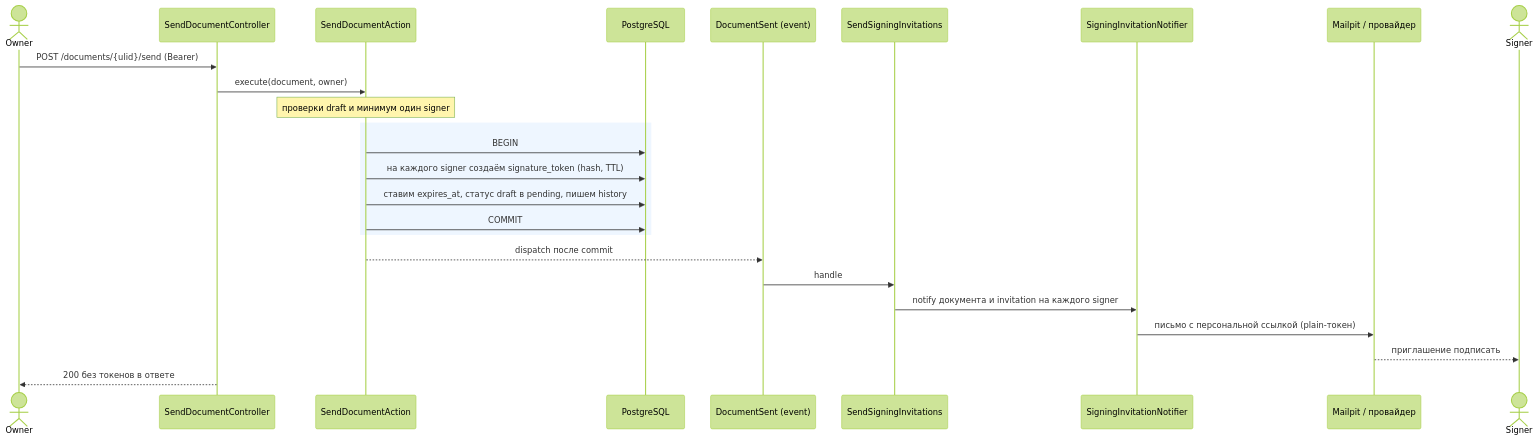
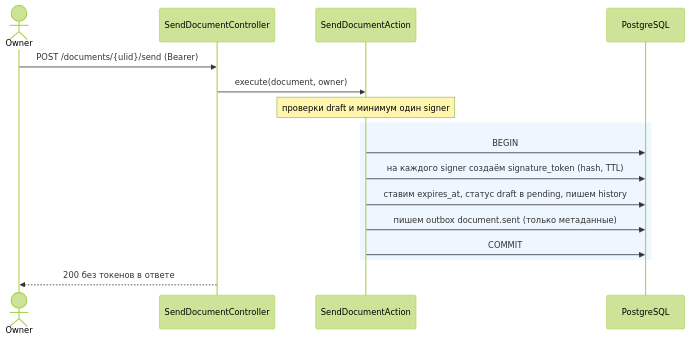
One commit to azaikina568/docsign-hub changed the third of 9 diagrams in docs/diagrams.md. Above: the diagram before and after it, drawn with Mermaid (forest theme). The commit also changed other lines of this file and 38 other files, not shown here.

````diff
--- a/docs/diagrams.md
+++ b/docs/diagrams.md
@@ -127,28 +138,19 @@
 ```mermaid
 sequenceDiagram
     actor Owner
     participant API as SendDocumentController
     participant Act as SendDocumentAction
     participant DB as PostgreSQL
-    participant Ev as DocumentSent (event)
-    participant L as SendSigningInvitations
-    participant N as SigningInvitationNotifier
-    participant Mail as Mailpit / провайдер
-    actor Signer
 
     Owner->>API: POST /documents/{ulid}/send (Bearer)
     API->>Act: execute(document, owner)
     Note over Act: проверки draft и минимум один signer
     rect rgb(238,246,255)
     Act->>DB: BEGIN
     Act->>DB: на каждого signer создаём signature_token (hash, TTL)
     Act->>DB: ставим expires_at, статус draft в pending, пишем history
+    Act->>DB: пишем outbox document.sent (только метаданные)
     Act->>DB: COMMIT
     end
-    Act-->>Ev: dispatch после commit
-    Ev->>L: handle
-    L->>N: notify документа и invitation на каждого signer
-    N->>Mail: письмо с персональной ссылкой (plain-токен)
-    Mail-->>Signer: приглашение подписать
     API-->>Owner: 200 без токенов в ответе
 ```
````
